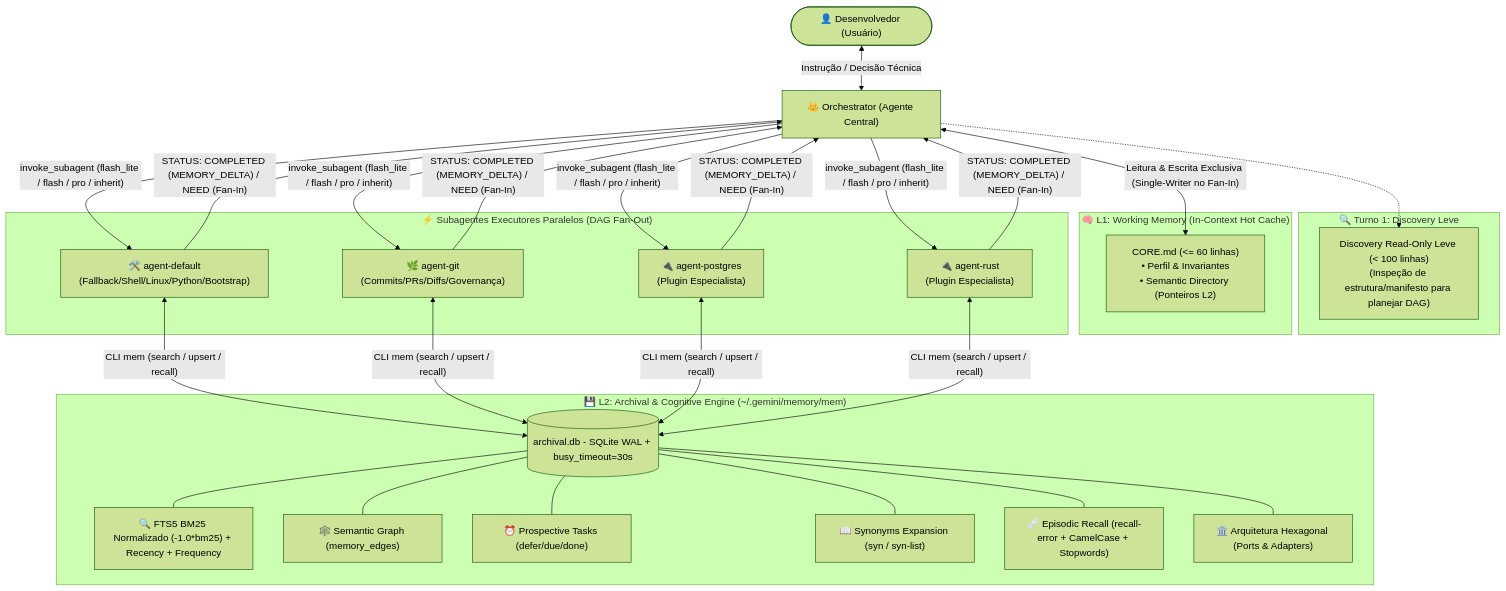
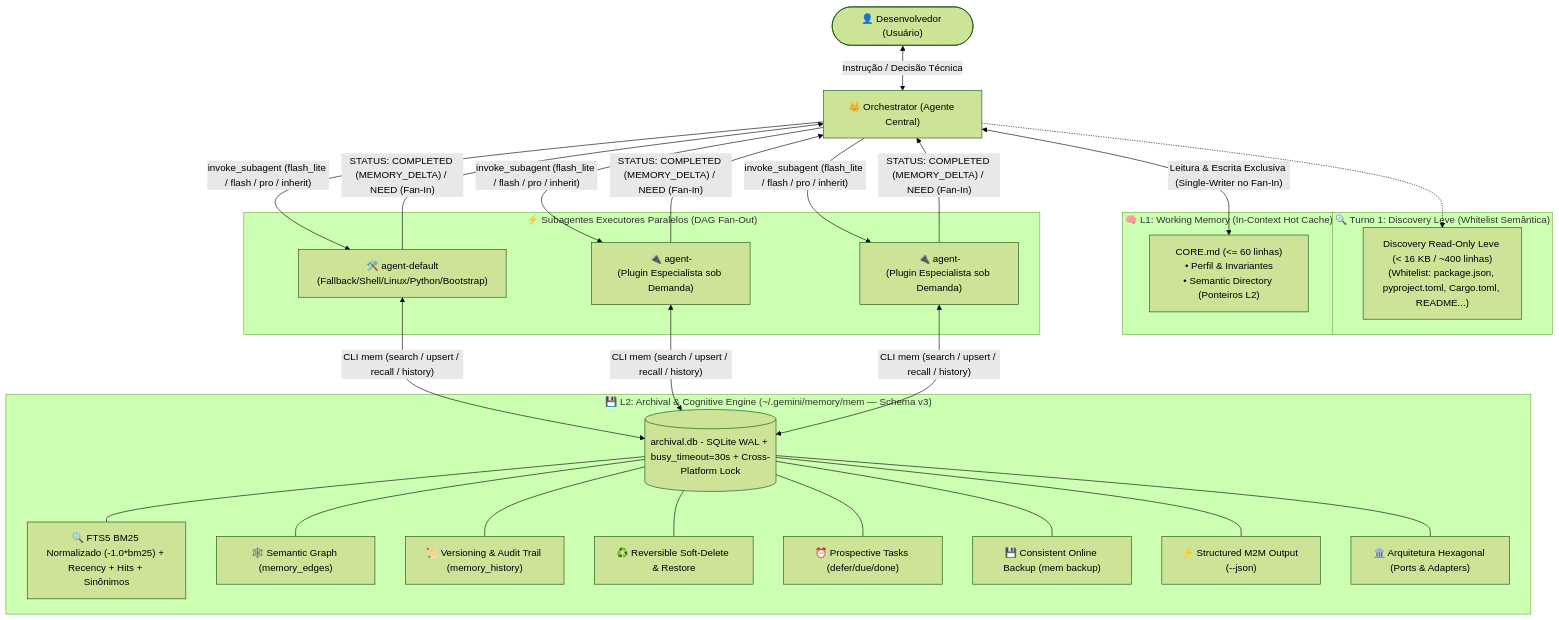
One commit to passella/antigravity-star-orchestrator changed the diagram in README.md. Above: the diagram before and after it, drawn with Mermaid (forest theme). The commit also changed other lines of this file and 8 other files, not shown here.

````diff
--- a/README.md
+++ b/README.md
@@ -48,54 +49,54 @@
 ```mermaid
 flowchart TD
     User(["👤 Desenvolvedor (Usuário)"]) <-->|"Instrução / Decisão Técnica"| Orch["👑 Orchestrator (Agente Central)"]
     
-    subgraph Discovery ["🔍 Turno 1: Discovery Leve"]
-        DiscoveryCheck["Discovery Read-Only Leve (< 100 linhas)<br/>(Inspeção de estrutura/manifesto para planejar DAG)"]
+    subgraph Discovery ["🔍 Turno 1: Discovery Leve (Whitelist Semântica)"]
+        DiscoveryCheck["Discovery Read-Only Leve (< 16 KB / ~400 linhas)<br/>(Whitelist: package.json, pyproject.toml, Cargo.toml, README...)"]
     end
     Orch -.-> DiscoveryCheck
     
     subgraph L1_Memory ["🧠 L1: Working Memory (In-Context Hot Cache)"]
         CoreMD["CORE.md (<= 60 linhas)<br/>• Perfil & Invariantes<br/>• Semantic Directory (Ponteiros L2)"]
     end
     
     Orch <-->|"Leitura & Escrita Exclusiva (Single-Writer no Fan-In)"| CoreMD
     
     subgraph Parallel_Subagents ["⚡ Subagentes Executores Paralelos (DAG Fan-Out)"]
         DefaultAgent["🛠️ agent-default<br/>(Fallback/Shell/Linux/Python/Bootstrap)"]
-        GitAgent["🌿 agent-git<br/>(Commits/PRs/Diffs/Governança)"]
-        DomainAgentA["🔌 agent-postgres<br/>(Plugin Especialista)"]
-        DomainAgentB["🔌 agent-rust<br/>(Plugin Especialista)"]
+        DomainAgentA["🔌 agent-<domain-a><br/>(Plugin Especialista sob Demanda)"]
+        DomainAgentB["🔌 agent-<domain-b><br/>(Plugin Especialista sob Demanda)"]
     end
     
     Orch -->|"invoke_subagent (flash_lite / flash / pro / inherit)"| DefaultAgent
-    Orch -->|"invoke_subagent (flash_lite / flash / pro / inherit)"| GitAgent
     Orch -->|"invoke_subagent (flash_lite / flash / pro / inherit)"| DomainAgentA
     Orch -->|"invoke_subagent (flash_lite / flash / pro / inherit)"| DomainAgentB
     
     DefaultAgent -->|"STATUS: COMPLETED (MEMORY_DELTA) / NEED (Fan-In)"| Orch
-    GitAgent -->|"STATUS: COMPLETED (MEMORY_DELTA) / NEED (Fan-In)"| Orch
     DomainAgentA -->|"STATUS: COMPLETED (MEMORY_DELTA) / NEED (Fan-In)"| Orch
     DomainAgentB -->|"STATUS: COMPLETED (MEMORY_DELTA) / NEED (Fan-In)"| Orch
     
-    subgraph L2_Memory ["💾 L2: Archival & Cognitive Engine (~/.gemini/memory/mem)"]
-        DB[(archival.db - SQLite WAL + busy_timeout=30s)]
-        FTS5Engine["🔍 FTS5 BM25 Normalizado (-1.0*bm25) + Recency + Frequency"]
+    subgraph L2_Memory ["💾 L2: Archival & Cognitive Engine (~/.gemini/memory/mem — Schema v3)"]
+        DB[(archival.db - SQLite WAL + busy_timeout=30s + Cross-Platform Lock)]
+        FTS5Engine["🔍 FTS5 BM25 Normalizado (-1.0*bm25) + Recency + Hits + Sinônimos"]
         GraphEngine["🕸️ Semantic Graph (memory_edges)"]
+        VersionEngine["📜 Versioning & Audit Trail (memory_history)"]
+        SoftDeleteEngine["♻️ Reversible Soft-Delete & Restore"]
         ProspEngine["⏰ Prospective Tasks (defer/due/done)"]
-        SynEngine["📖 Synonyms Expansion (syn / syn-list)"]
-        EpisodicEngine["🩹 Episodic Recall (recall-error + CamelCase + Stopwords)"]
+        OnlineBackup["💾 Consistent Online Backup (mem backup)"]
+        JSONApi["⚡ Structured M2M Output (--json)"]
         HexArch["🏛️ Arquitetura Hexagonal (Ports & Adapters)"]
     end
     
-    DefaultAgent <-->|"CLI mem (search / upsert / recall)"| DB
-    GitAgent <-->|"CLI mem (search / upsert / recall)"| DB
-    DomainAgentA <-->|"CLI mem (search / upsert / recall)"| DB
-    DomainAgentB <-->|"CLI mem (search / upsert / recall)"| DB
+    DefaultAgent <-->|"CLI mem (search / upsert / recall / history)"| DB
+    DomainAgentA <-->|"CLI mem (search / upsert / recall / history)"| DB
+    DomainAgentB <-->|"CLI mem (search / upsert / recall / history)"| DB
     
     DB --- FTS5Engine
     DB --- GraphEngine
+    DB --- VersionEngine
+    DB --- SoftDeleteEngine
     DB --- ProspEngine
-    DB --- SynEngine
-    DB --- EpisodicEngine
+    DB --- OnlineBackup
+    DB --- JSONApi
     DB --- HexArch
 ```
````
